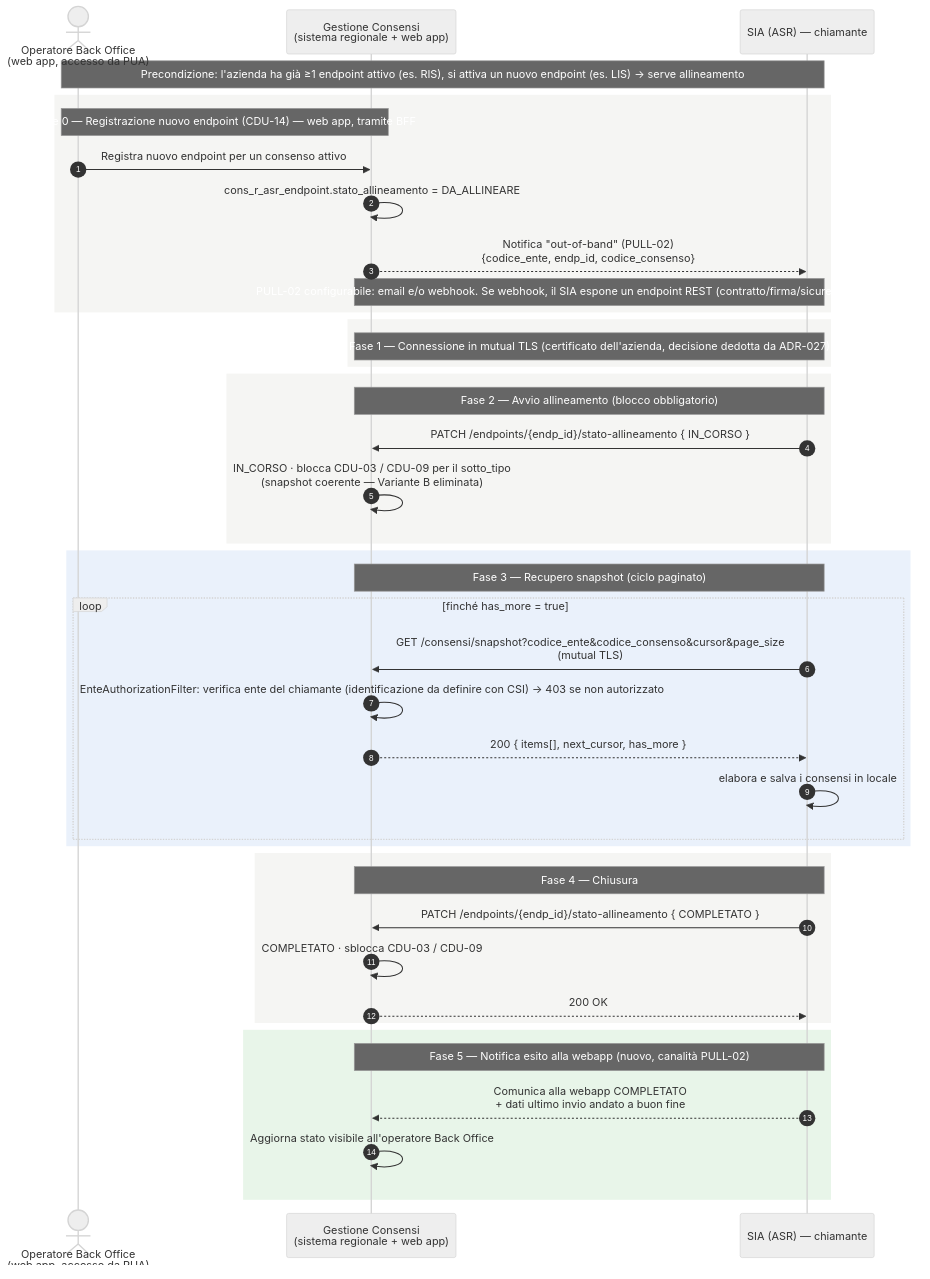
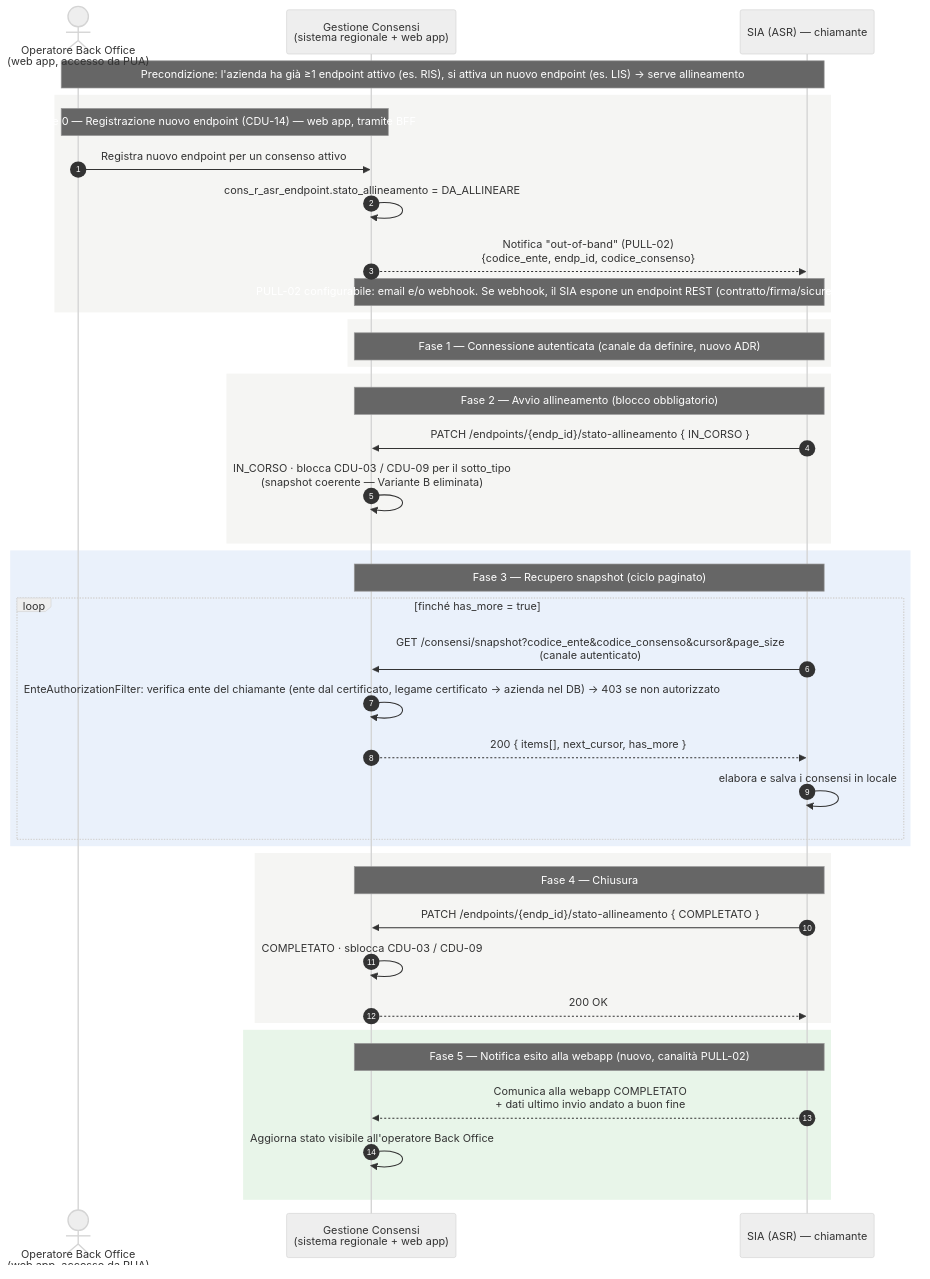
The second of 2 diagrams in src/site/notes/CDU-17_diagramma-sequenza.md (caccu/srs_cons_git_exprivia), drawn with Mermaid (neutral theme) before and after one commit. The commit also changed other lines of this file and 19 other files, not shown here.

````diff
--- a/src/site/notes/CDU-17_diagramma-sequenza.md
+++ b/src/site/notes/CDU-17_diagramma-sequenza.md
@@ -24,50 +67,50 @@
 ```mermaid
 sequenceDiagram
     autonumber
     actor OP as Operatore Back Office<br/>(web app, accesso da PUA)
     participant GC as Gestione Consensi<br/>(sistema regionale + web app)
     participant SIA as SIA (ASR) — chiamante
 
     Note over OP,SIA: Precondizione: l'azienda ha già ≥1 endpoint attivo (es. RIS), si attiva un nuovo endpoint (es. LIS) → serve allineamento
 
     rect rgb(245,245,243)
     Note over OP,GC: Fase 0 — Registrazione nuovo endpoint (CDU-14) — web app, tramite BFF
     OP->>GC: Registra nuovo endpoint per un consenso attivo
     GC->>GC: cons_r_asr_endpoint.stato_allineamento = DA_ALLINEARE
     GC-->>SIA: Notifica "out-of-band" (PULL-02)<br/>{codice_ente, endp_id, codice_consenso}
     Note over GC,SIA: PULL-02 configurabile: email e/o webhook. Se webhook, il SIA espone un endpoint REST (contratto/firma/sicurezza forniti da CSI)
     end
 
     rect rgb(245,245,243)
-    Note over SIA,GC: Fase 1 — Connessione in mutual TLS (certificato dell'azienda, decisione dedotta da ADR-027)
+    Note over SIA,GC: Fase 1 — Connessione autenticata (canale da definire, nuovo ADR)
     end
 
     rect rgb(245,245,243)
     Note over SIA,GC: Fase 2 — Avvio allineamento (blocco obbligatorio)
     SIA->>GC: PATCH /endpoints/{endp_id}/stato-allineamento { IN_CORSO }
     GC->>GC: IN_CORSO · blocca CDU-03 / CDU-09 per il sotto_tipo<br/>(snapshot coerente — Variante B eliminata)
     end
 
     rect rgb(234,241,251)
     Note over SIA,GC: Fase 3 — Recupero snapshot (ciclo paginato)
     loop finché has_more = true
-        SIA->>GC: GET /consensi/snapshot?codice_ente&codice_consenso&cursor&page_size<br/>(mutual TLS)
-        GC->>GC: EnteAuthorizationFilter: verifica ente del chiamante (identificazione da definire con CSI) → 403 se non autorizzato
+        SIA->>GC: GET /consensi/snapshot?codice_ente&codice_consenso&cursor&page_size<br/>(canale autenticato)
+        GC->>GC: EnteAuthorizationFilter: verifica ente del chiamante (ente dal certificato, legame certificato → azienda nel DB) → 403 se non autorizzato
         GC-->>SIA: 200 { items[], next_cursor, has_more }
         SIA->>SIA: elabora e salva i consensi in locale
     end
     end
 
     rect rgb(245,245,243)
     Note over SIA,GC: Fase 4 — Chiusura
     SIA->>GC: PATCH /endpoints/{endp_id}/stato-allineamento { COMPLETATO }
     GC->>GC: COMPLETATO · sblocca CDU-03 / CDU-09
     GC-->>SIA: 200 OK
     end
 
     rect rgb(232,245,233)
     Note over SIA,GC: Fase 5 — Notifica esito alla webapp (nuovo, canalità PULL-02)
     SIA-->>GC: Comunica alla webapp COMPLETATO<br/>+ dati ultimo invio andato a buon fine
     GC->>GC: Aggiorna stato visibile all'operatore Back Office
     end
 ```
````
